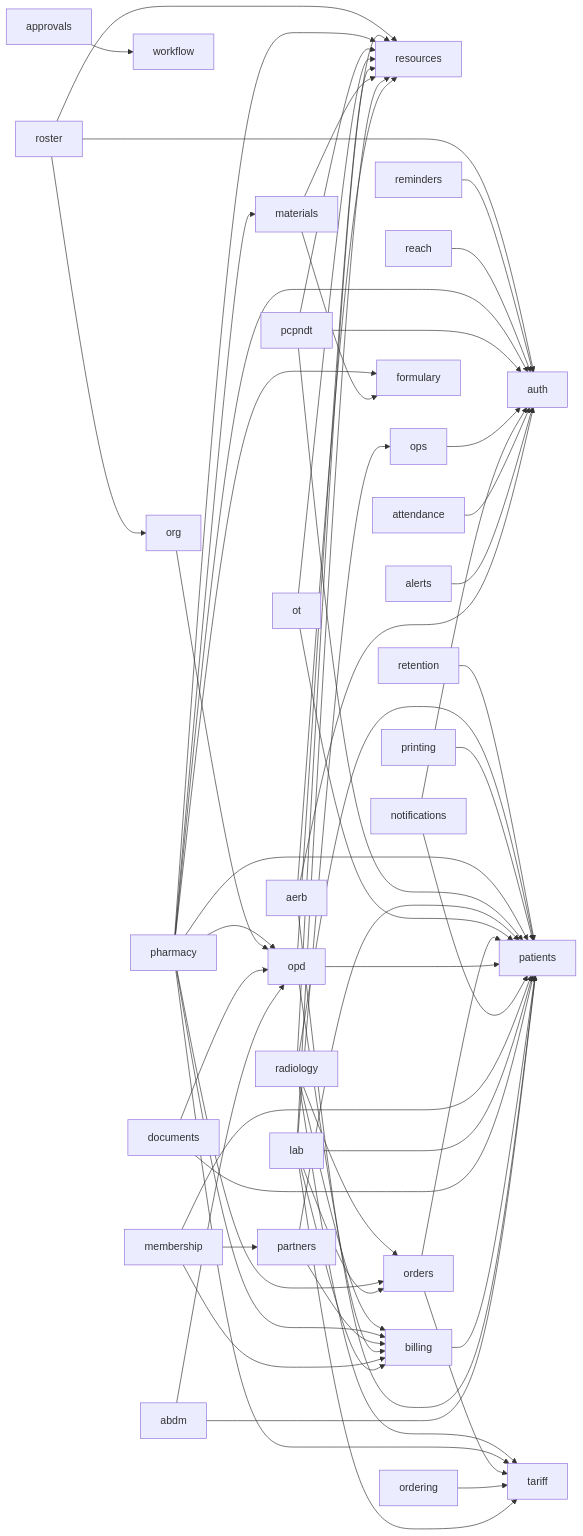
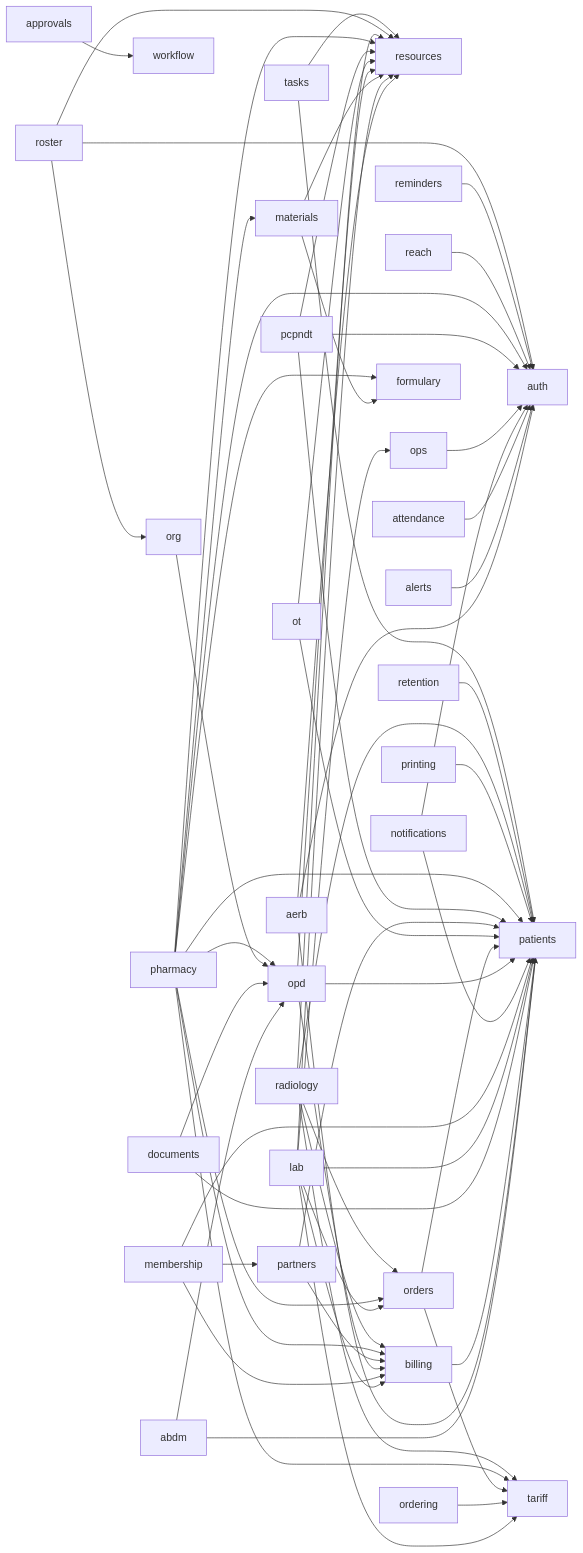
One commit to ankits3a/hims-hmis changed the diagram in docs/architecture/schema.md. Above: the diagram before and after it, drawn with Mermaid. The commit also changed other lines of this file and 5 other files, not shown here.

First line of the commit message:
docs(tasks): module notes and regenerated architecture map (E0.1)

````diff
--- a/docs/architecture/schema.md
+++ b/docs/architecture/schema.md
@@ -13,63 +13,65 @@
 ```mermaid
 flowchart LR
   abdm[abdm] --> opd[opd]
   abdm[abdm] --> patients[patients]
   aerb[aerb] --> auth[auth]
   aerb[aerb] --> patients[patients]
   aerb[aerb] --> resources[resources]
   alerts[alerts] --> auth[auth]
   approvals[approvals] --> workflow[workflow]
   attendance[attendance] --> auth[auth]
   billing[billing] --> patients[patients]
   documents[documents] --> opd[opd]
   documents[documents] --> patients[patients]
   lab[lab] --> billing[billing]
   lab[lab] --> ops[ops]
   lab[lab] --> orders[orders]
   lab[lab] --> patients[patients]
   lab[lab] --> resources[resources]
   lab[lab] --> tariff[tariff]
   materials[materials] --> formulary[formulary]
   materials[materials] --> resources[resources]
   membership[membership] --> billing[billing]
   membership[membership] --> partners[partners]
   membership[membership] --> patients[patients]
   notifications[notifications] --> auth[auth]
   notifications[notifications] --> patients[patients]
   opd[opd] --> billing[billing]
   opd[opd] --> patients[patients]
   opd[opd] --> resources[resources]
   ops[ops] --> auth[auth]
   ordering[ordering] --> tariff[tariff]
   orders[orders] --> patients[patients]
   orders[orders] --> tariff[tariff]
   org[org] --> opd[opd]
   ot[ot] --> patients[patients]
   ot[ot] --> resources[resources]
   partners[partners] --> billing[billing]
   partners[partners] --> patients[patients]
   pcpndt[pcpndt] --> auth[auth]
   pcpndt[pcpndt] --> patients[patients]
   pcpndt[pcpndt] --> resources[resources]
   pharmacy[pharmacy] --> auth[auth]
   pharmacy[pharmacy] --> billing[billing]
   pharmacy[pharmacy] --> formulary[formulary]
   pharmacy[pharmacy] --> materials[materials]
   pharmacy[pharmacy] --> opd[opd]
   pharmacy[pharmacy] --> orders[orders]
   pharmacy[pharmacy] --> patients[patients]
   pharmacy[pharmacy] --> resources[resources]
   pharmacy[pharmacy] --> tariff[tariff]
   printing[printing] --> patients[patients]
   radiology[radiology] --> billing[billing]
   radiology[radiology] --> orders[orders]
   radiology[radiology] --> patients[patients]
   radiology[radiology] --> resources[resources]
   radiology[radiology] --> tariff[tariff]
   reach[reach] --> auth[auth]
   reminders[reminders] --> auth[auth]
   retention[retention] --> patients[patients]
   roster[roster] --> auth[auth]
   roster[roster] --> org[org]
   roster[roster] --> resources[resources]
+  tasks[tasks] --> patients[patients]
+  tasks[tasks] --> resources[resources]
 ```
````
